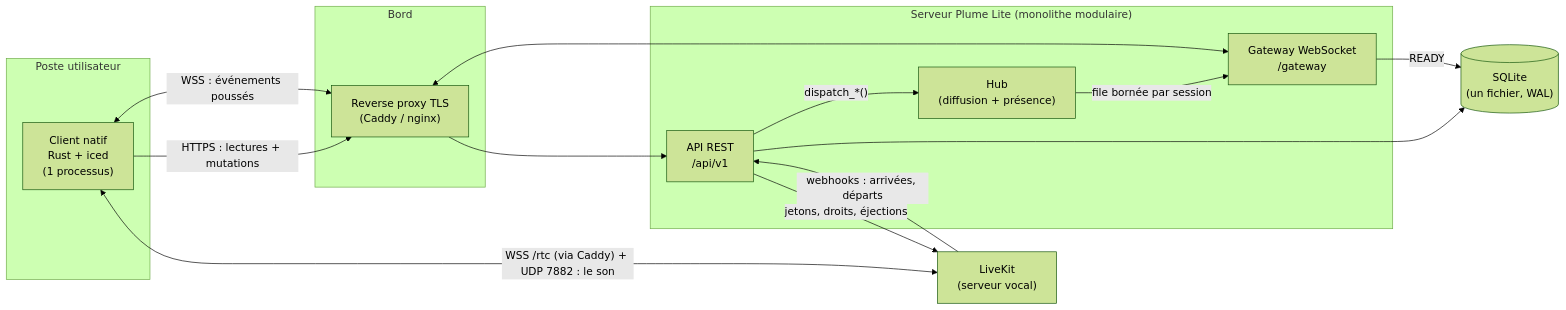
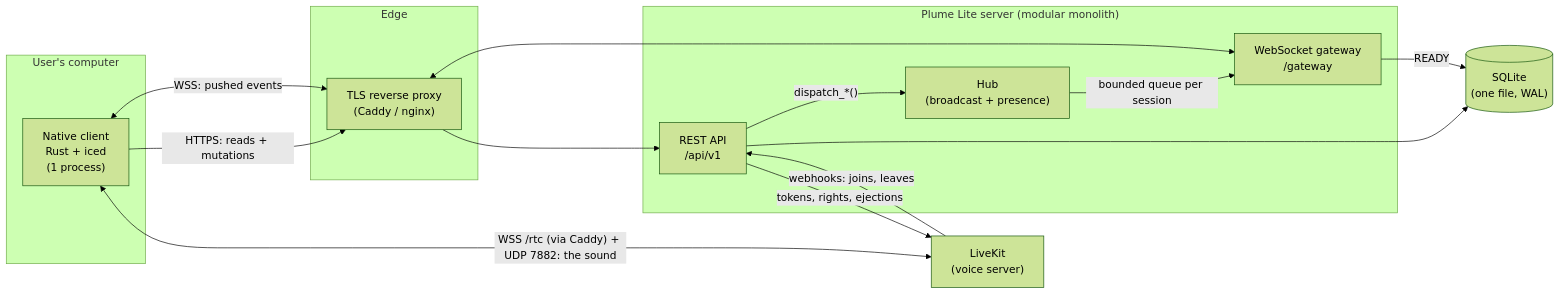
Before and after one commit to DonRosio/plume-lite: the first of 4 diagrams in docs/ARCHITECTURE.md, drawn with Mermaid (forest theme). The commit also changed other lines of this file and 11 other files, not shown here.

````diff
--- a/docs/ARCHITECTURE.md
+++ b/docs/ARCHITECTURE.md
@@ -23,28 +22,28 @@
 ```mermaid
 flowchart LR
-    subgraph Desktop["Poste utilisateur"]
-        C["Client natif<br/>Rust + iced<br/>(1 processus)"]
+    subgraph Desktop["User's computer"]
+        C["Native client<br/>Rust + iced<br/>(1 process)"]
     end
-    subgraph Edge["Bord"]
-        P["Reverse proxy TLS<br/>(Caddy / nginx)"]
+    subgraph Edge["Edge"]
+        P["TLS reverse proxy<br/>(Caddy / nginx)"]
     end
-    subgraph Backend["Serveur Plume Lite (monolithe modulaire)"]
-        R["API REST<br/>/api/v1"]
-        G["Gateway WebSocket<br/>/gateway"]
-        H["Hub<br/>(diffusion + présence)"]
+    subgraph Backend["Plume Lite server (modular monolith)"]
+        R["REST API<br/>/api/v1"]
+        G["WebSocket gateway<br/>/gateway"]
+        H["Hub<br/>(broadcast + presence)"]
         R -- "dispatch_*()" --> H
-        H -- "file bornée par session" --> G
+        H -- "bounded queue per session" --> G
     end
-    DB[("SQLite<br/>(un fichier, WAL)")]
-    L["LiveKit<br/>(serveur vocal)"]
+    DB[("SQLite<br/>(one file, WAL)")]
+    L["LiveKit<br/>(voice server)"]
 
-    C -- "HTTPS : lectures + mutations" --> P
-    C <-- "WSS : événements poussés" --> P
+    C -- "HTTPS: reads + mutations" --> P
+    C <-- "WSS: pushed events" --> P
     P --> R
     P <--> G
     R --> DB
     G -- "READY" --> DB
-    C <-- "WSS /rtc (via Caddy) + UDP 7882 : le son" --> L
-    R -- "jetons, droits, éjections" --> L
-    L -- "webhooks : arrivées, départs" --> R
+    C <-- "WSS /rtc (via Caddy) + UDP 7882: the sound" --> L
+    R -- "tokens, rights, ejections" --> L
+    L -- "webhooks: joins, leaves" --> R
 ```
````
